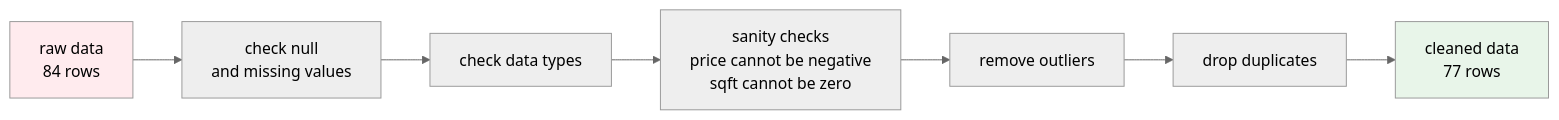
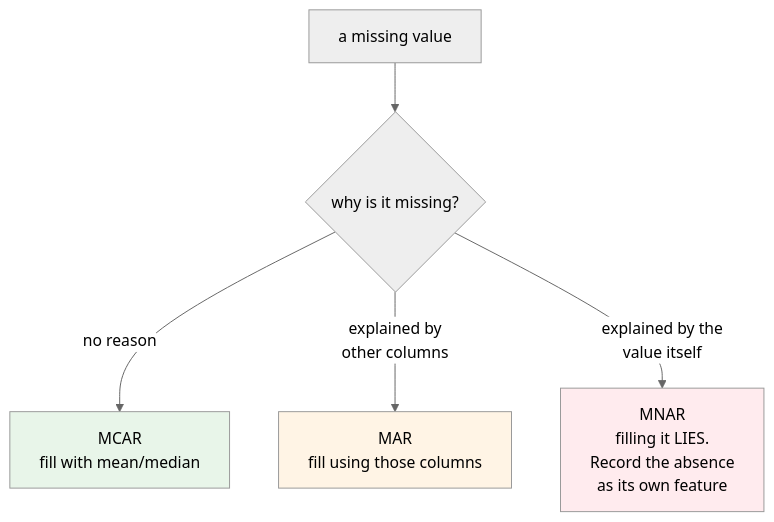
The second of 8 diagrams in site/docs/m3-data-to-model/lesson.mdx (schoolofdevops/402-mlops-site), drawn with Mermaid (neutral theme) before and after one commit. The commit also changed other lines of this file, not shown here.

````diff
--- a/site/docs/m3-data-to-model/lesson.mdx
+++ b/site/docs/m3-data-to-model/lesson.mdx
@@ -61,12 +59,11 @@
 ```mermaid
-flowchart LR
-    R["raw data<br/>84 rows"] --> C1["check null<br/>and missing values"]
-    C1 --> C2["check data types"]
-    C2 --> C3["sanity checks<br/>price cannot be negative<br/>sqft cannot be zero"]
-    C3 --> C4["remove outliers"]
-    C4 --> C5["drop duplicates"]
-    C5 --> OUT["cleaned data<br/>77 rows"]
+flowchart TB
+    M["a missing value"] --> Q{"why is it missing?"}
+    Q -->|"no reason"| A["MCAR<br/>fill with mean/median"]
+    Q -->|"explained by<br/>other columns"| B["MAR<br/>fill using those columns"]
+    Q -->|"explained by the<br/>value itself"| C["MNAR<br/>filling it LIES.<br/>Record the absence<br/>as its own feature"]
 
-    style R fill:#ffebee
-    style OUT fill:#e8f5e9
+    style A fill:#e8f5e9
+    style B fill:#fff4e5
+    style C fill:#ffebee
 ```
````
